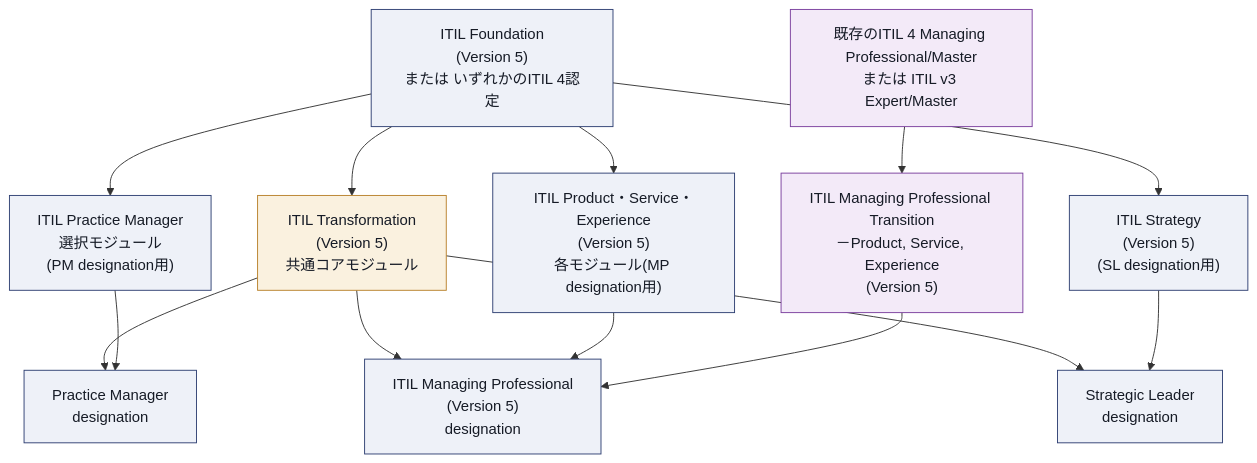
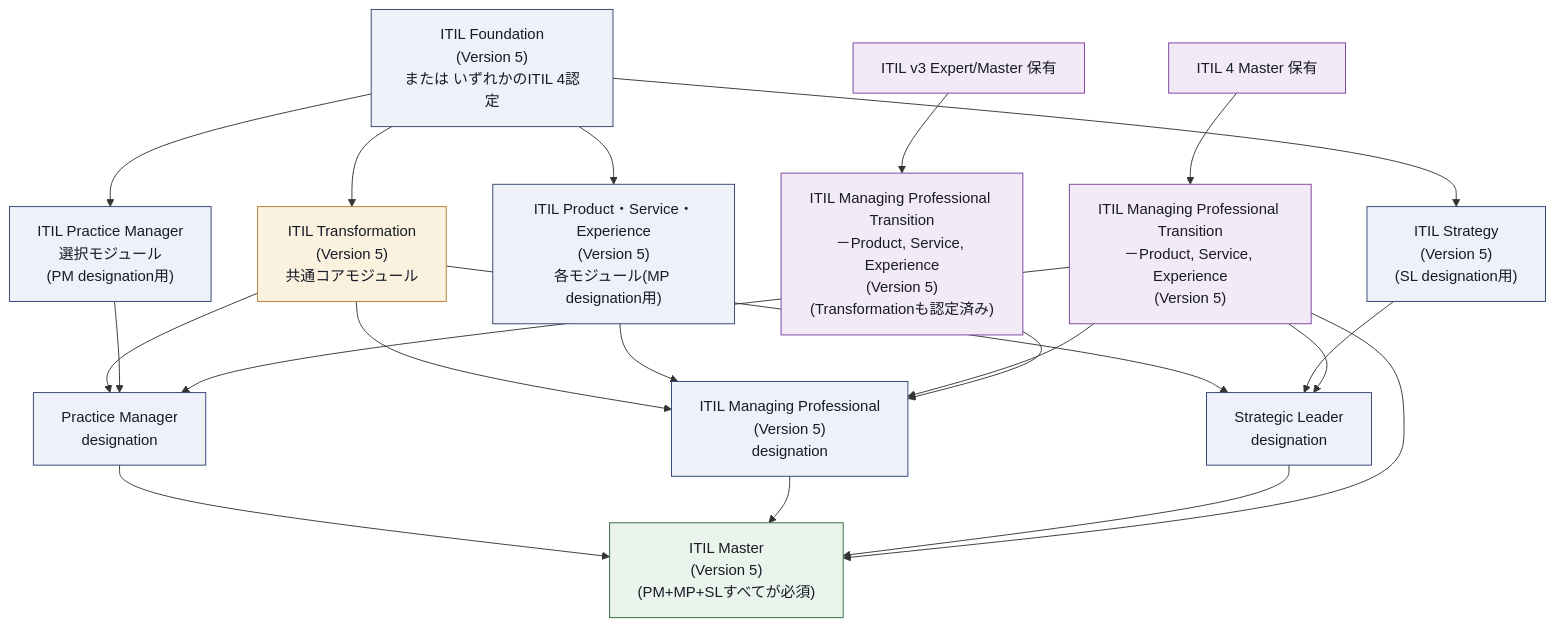
The first of 15 diagrams in Itil-transformation-v5-study-guide.md (myoshi2891/Management-Team-Building-Studies), drawn with Mermaid before and after one commit. The commit also changed other lines of this file and 3 other files, not shown here.

Commit message:
docs(itil): refine certification path diagrams, recertification rules, and historical timeline

````diff
--- a/Itil-transformation-v5-study-guide.md
+++ b/Itil-transformation-v5-study-guide.md
@@ -77,24 +77,35 @@
 ```mermaid
 flowchart TD
     F["ITIL Foundation<br/>(Version 5)<br/>または いずれかのITIL 4認定"] --> T["ITIL Transformation<br/>(Version 5)<br/>共通コアモジュール"]
     F --> PSE["ITIL Product・Service・Experience<br/>(Version 5)<br/>各モジュール(MP designation用)"]
     F --> PMM["ITIL Practice Manager<br/>選択モジュール<br/>(PM designation用)"]
     F --> STRAT["ITIL Strategy<br/>(Version 5)<br/>(SL designation用)"]
     T --> PM["Practice Manager<br/>designation"]
     PMM --> PM
     T --> MP["ITIL Managing Professional<br/>(Version 5)<br/>designation"]
     PSE --> MP
     T --> SL["Strategic Leader<br/>designation"]
     STRAT --> SL
+    PM --> MASTER["ITIL Master<br/>(Version 5)<br/>(PM+MP+SLすべてが必須)"]
+    MP --> MASTER
+    SL --> MASTER
 
-    EXIST["既存のITIL 4 Managing Professional/Master<br/>または ITIL v3 Expert/Master"] --> MPT["ITIL Managing Professional Transition<br/>－Product, Service, Experience<br/>(Version 5)"]
-    MPT --> MP
+    EXIST4["ITIL 4 Master 保有"] --> MPT4["ITIL Managing Professional Transition<br/>－Product, Service, Experience<br/>(Version 5)"]
+    MPT4 --> MP
+    MPT4 --> PM
+    MPT4 --> SL
+    MPT4 --> MASTER
+
+    EXISTV3["ITIL v3 Expert/Master 保有"] --> MPTV3["ITIL Managing Professional Transition<br/>－Product, Service, Experience<br/>(Version 5)<br/>(Transformationも認定済み)"]
+    MPTV3 --> MP
 
     classDef box fill:#EEF1F8,stroke:#2E3F72,color:#161B26
     classDef hub fill:#FAF1DF,stroke:#B8802A,color:#161B26
     classDef alt fill:#F3EAF8,stroke:#7A3E9D,color:#161B26
+    classDef done fill:#EAF4EC,stroke:#2F6B3D,color:#161B26
     class F,PSE,PMM,STRAT box
     class T hub
     class PM,MP,SL box
-    class EXIST,MPT alt
+    class MASTER done
+    class EXIST4,MPT4,EXISTV3,MPTV3 alt
 ```
````
